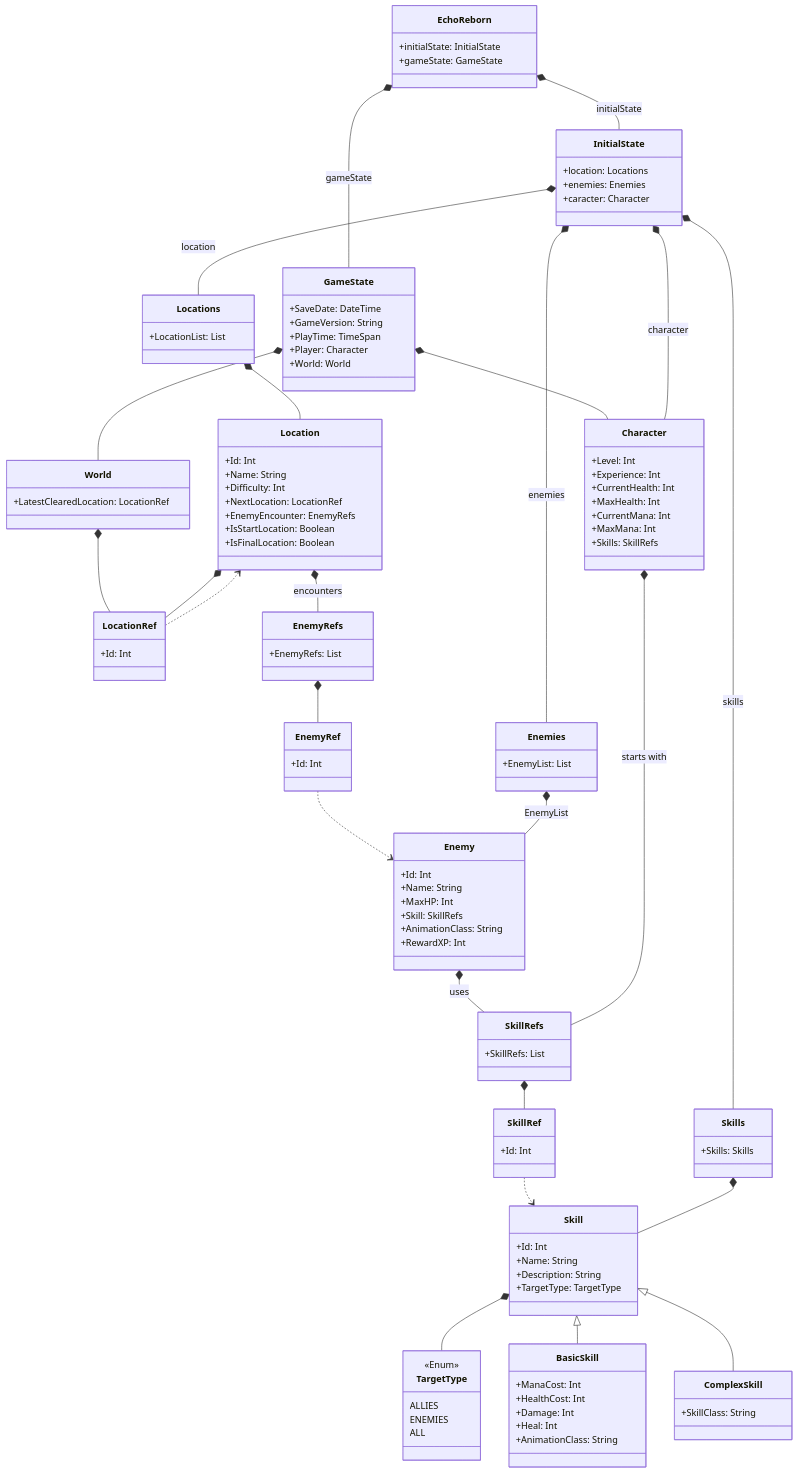
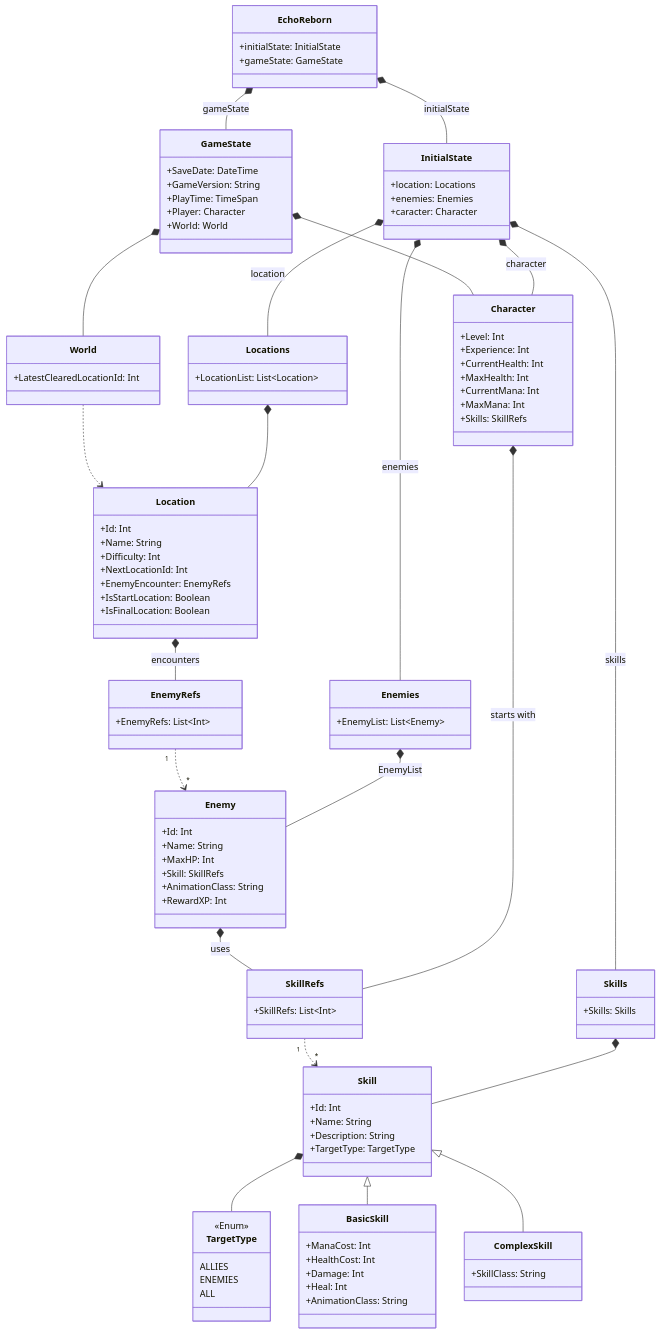
Before and after one commit to d0rich/EchoReborn: the diagram in docs/XML structures.md, drawn with Mermaid.

Commit message:
Eliminer single refs

```diff
--- a/docs/XML structures.md
+++ b/docs/XML structures.md
@@ -20,16 +20,12 @@
         +TargetType: TargetType
     }
 
-    class SkillRef {
-        +Id: Int
-    }
-
     class Skills {
         +Skills: Skills
     }
 
     class SkillRefs {
-        +SkillRefs: List<SkillRef>
+        +SkillRefs: List~Int~
     }
 
     class BasicSkill {
@@ -45,25 +41,21 @@
     }
 
     class Locations {
-        +LocationList: List<Location>
-    }
-
-    class LocationRef {
-        +Id: Int
+        +LocationList: List~Location~
     }
 
     class Location {
         +Id: Int
         +Name: String
         +Difficulty: Int
-        +NextLocation: LocationRef
+        +NextLocationId: Int
         +EnemyEncounter: EnemyRefs
         +IsStartLocation: Boolean
         +IsFinalLocation: Boolean
     }
 
     class Enemies {
-        +EnemyList: List<Enemy>
+        +EnemyList: List~Enemy~
     }
 
     class Enemy {
@@ -74,11 +66,9 @@
         +AnimationClass: String
         +RewardXP: Int
     }
-    class EnemyRef {
-        +Id: Int
-    }
+
     class EnemyRefs {
-        +EnemyRefs: List<EnemyRef>
+        +EnemyRefs: List~Int~
     }
 
     class GameState {
@@ -100,7 +90,7 @@
     }
 
     class World {
-        +LatestClearedLocation: LocationRef
+        +LatestClearedLocationId: Int
     }
 
     class TargetType {
@@ -116,7 +106,6 @@
     EchoReborn *-- GameState : gameState
     GameState *-- Character
     GameState *-- World
-    World *-- LocationRef
 
     InitialState *-- Skills : skills
     InitialState *-- Locations : location
@@ -126,15 +115,11 @@
     Skill <|-- BasicSkill
     Skill <|-- ComplexSkill
 
-    EnemyRefs *-- EnemyRef
-    SkillRefs *-- SkillRef
-
-    LocationRef ..> Location
-    EnemyRef ..> Enemy
-    SkillRef ..> Skill
+    World ..> Location
+    EnemyRefs "1" ..> "*" Enemy
+    SkillRefs "1" ..> "*" Skill
 
     Locations *-- Location
-    Location *-- LocationRef
     Enemies *-- Enemy : EnemyList
     Enemy *-- SkillRefs : uses
     Skills *-- Skill
```
